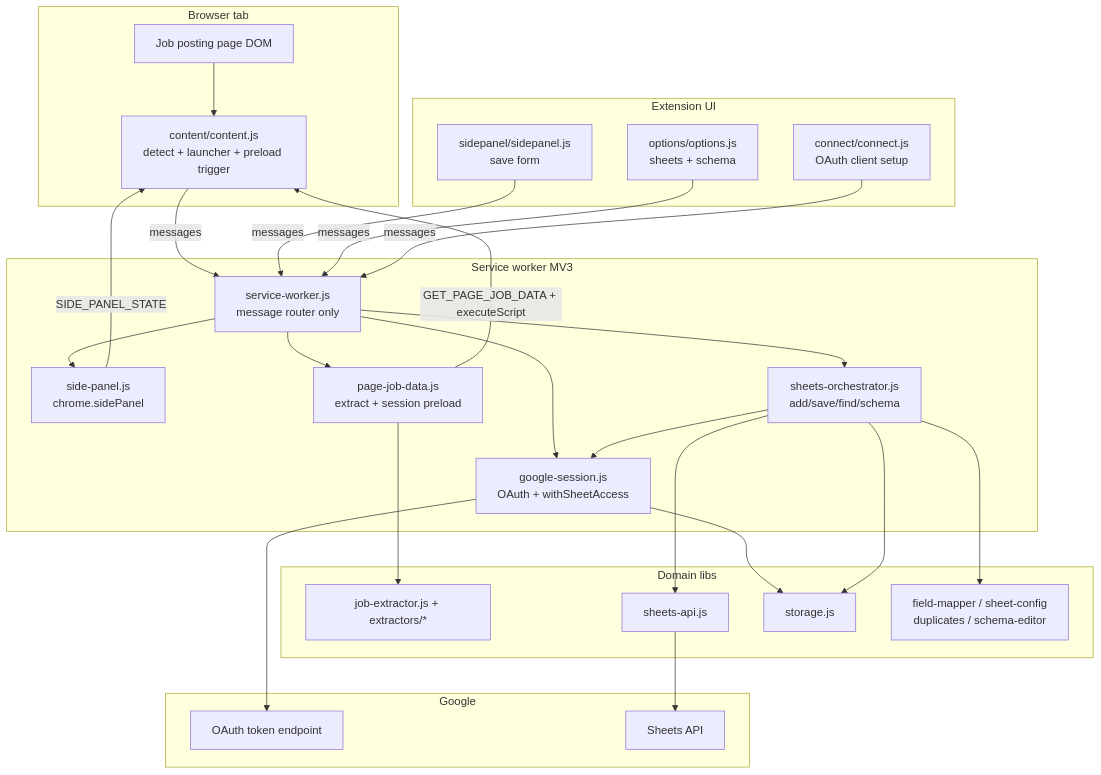
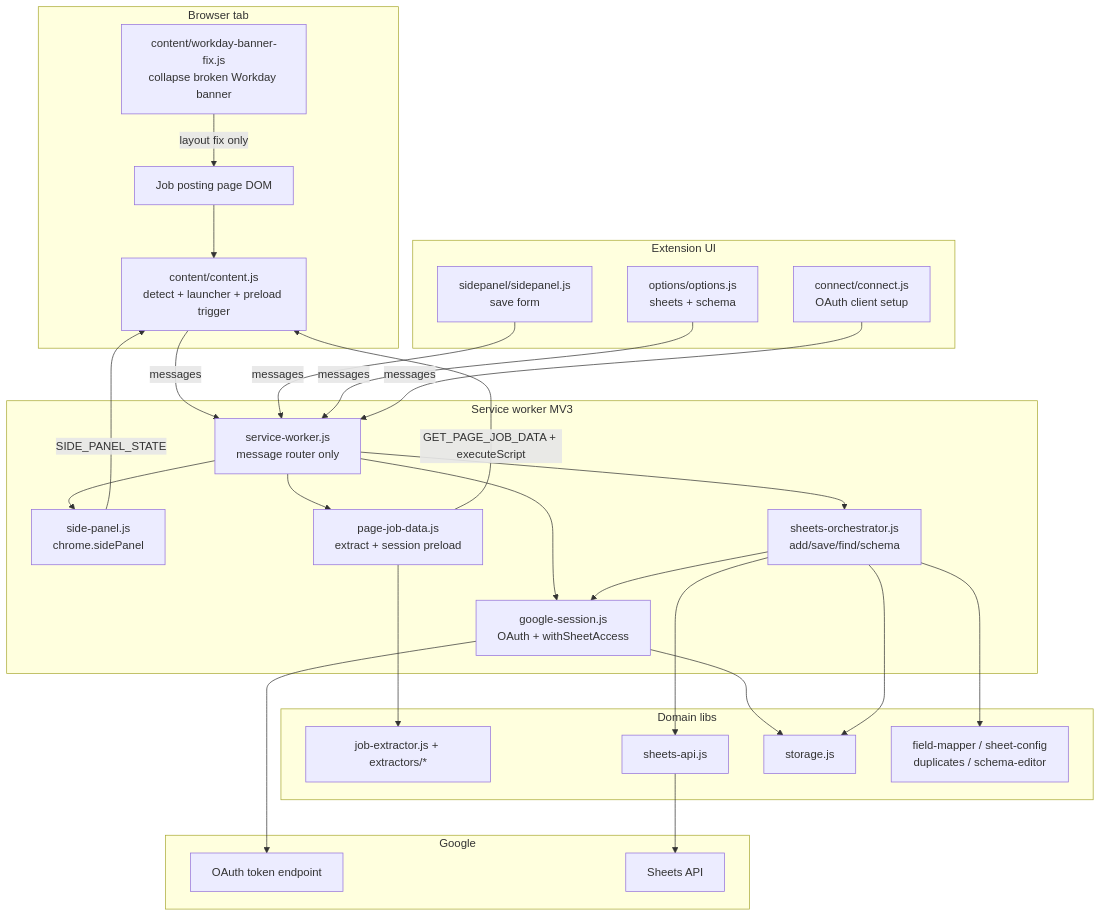
Before and after one commit to jayshah2005/JobTracker: the first of 7 diagrams in diagrams/architecture.md, drawn with Mermaid. The commit also changed 3 other files, not shown here.

First line of the commit message:
fix/sidepanel: collapse broken Workday banner on resize

````diff
--- a/diagrams/architecture.md
+++ b/diagrams/architecture.md
@@ -13,55 +13,57 @@
 ```mermaid
 flowchart TB
   subgraph browser [Browser tab]
     Page[Job posting page DOM]
     CS[content/content.js<br/>detect + launcher + preload trigger]
+    WBF[content/workday-banner-fix.js<br/>collapse broken Workday banner]
   end
 
   subgraph ui [Extension UI]
     SP[sidepanel/sidepanel.js<br/>save form]
     OPT[options/options.js<br/>sheets + schema]
     CON[connect/connect.js<br/>OAuth client setup]
   end
 
   subgraph sw [Service worker MV3]
     SW[service-worker.js<br/>message router only]
     Side[side-panel.js<br/>chrome.sidePanel]
     Auth[google-session.js<br/>OAuth + withSheetAccess]
     PJD[page-job-data.js<br/>extract + session preload]
     Orch[sheets-orchestrator.js<br/>add/save/find/schema]
   end
 
   subgraph libs [Domain libs]
     Ext[job-extractor.js + extractors/*]
     API[sheets-api.js]
     Store[storage.js]
     Map[field-mapper / sheet-config<br/>duplicates / schema-editor]
   end
 
   subgraph google [Google]
     OAuth[OAuth token endpoint]
     Sheets[Sheets API]
   end
 
   Page --> CS
+  WBF -->|layout fix only| Page
   CS -->|messages| SW
   SP -->|messages| SW
   OPT -->|messages| SW
   CON -->|messages| SW
 
   SW --> Side
   SW --> Auth
   SW --> PJD
   SW --> Orch
 
   Side -->|SIDE_PANEL_STATE| CS
   PJD -->|GET_PAGE_JOB_DATA + executeScript| CS
   PJD --> Ext
   Orch --> API
   Orch --> Map
   Orch --> Auth
   Auth --> Store
   Orch --> Store
   Auth --> OAuth
   API --> Sheets
 ```
````
